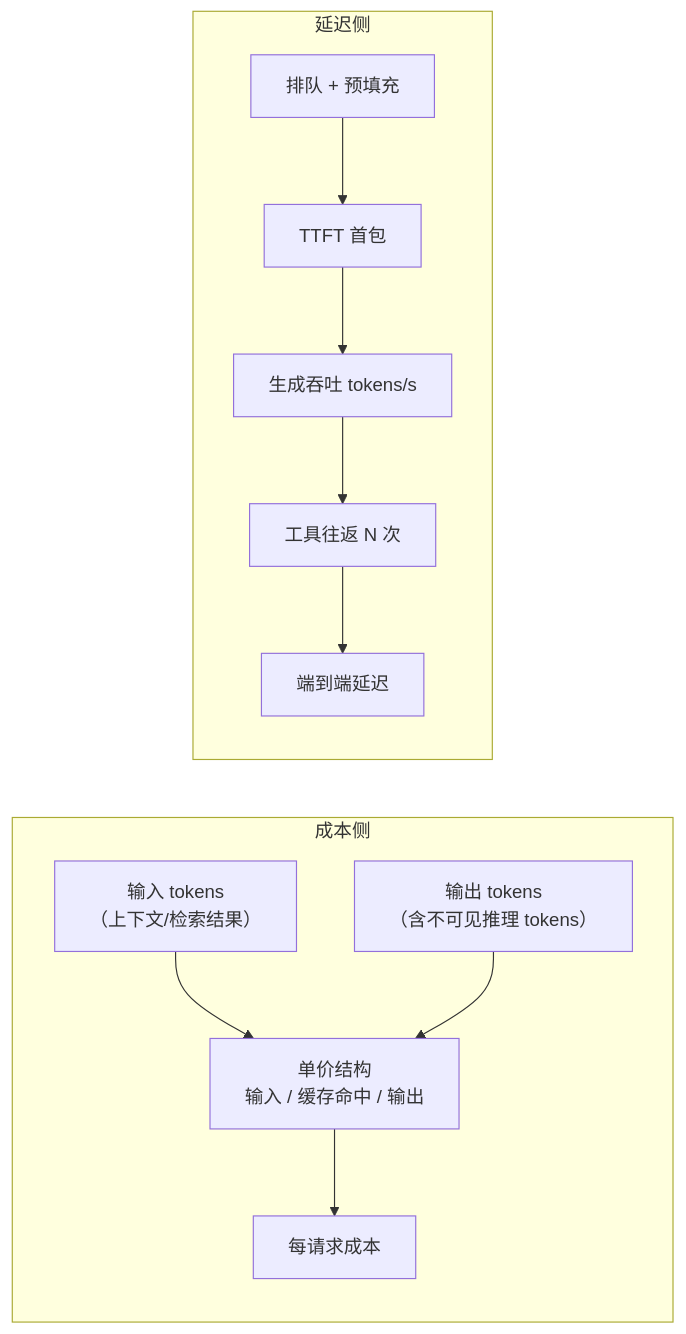
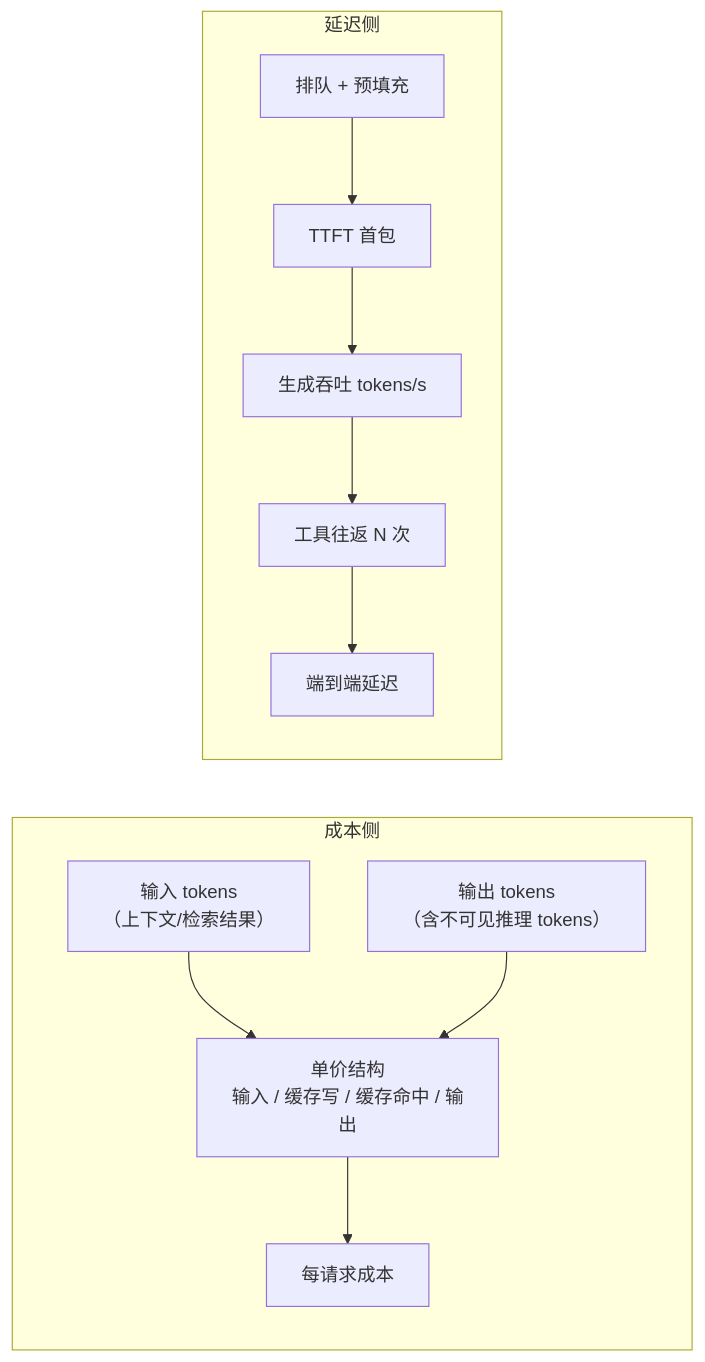
Before and after one commit to zenHeart/learn-ai: the diagram in docs/zh/tech/08-production/cost-performance.md, drawn with Mermaid. The commit also changed other lines of this file and 67 other files, not shown here.

````diff
--- a/docs/zh/tech/08-production/cost-performance.md
+++ b/docs/zh/tech/08-production/cost-performance.md
@@ -30,14 +30,14 @@
 ```mermaid
 flowchart LR
     subgraph 成本侧
-    A["输入 tokens<br/>（上下文/检索结果）"] --> P["单价结构<br/>输入 / 缓存命中 / 输出"]
+    A["输入 tokens<br/>（上下文/检索结果）"] --> P["单价结构<br/>输入 / 缓存写 / 缓存命中 / 输出"]
     B["输出 tokens<br/>（含不可见推理 tokens）"] --> P
     P --> C["每请求成本"]
     end
     subgraph 延迟侧
     T1["排队 + 预填充"] --> T2["TTFT 首包"]
     T2 --> T3["生成吞吐 tokens/s"]
     T3 --> T4["工具往返 N 次"]
     T4 --> T5["端到端延迟"]
     end
 ```
````
